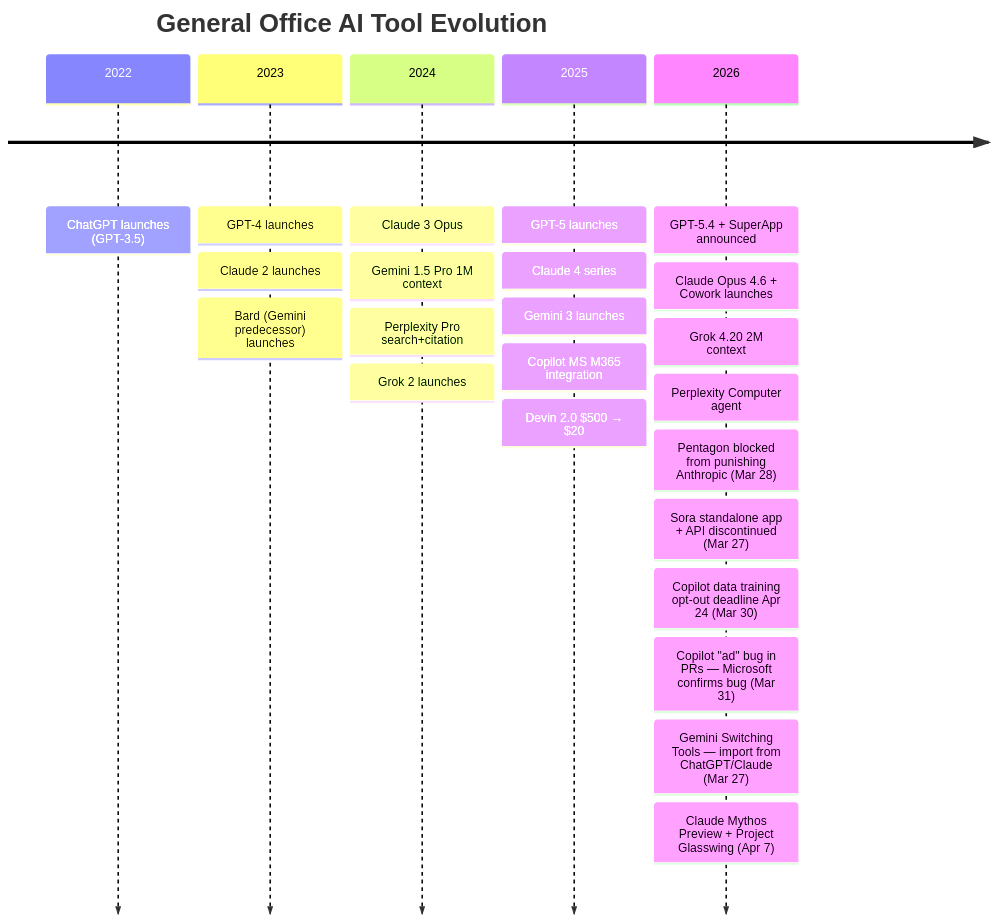
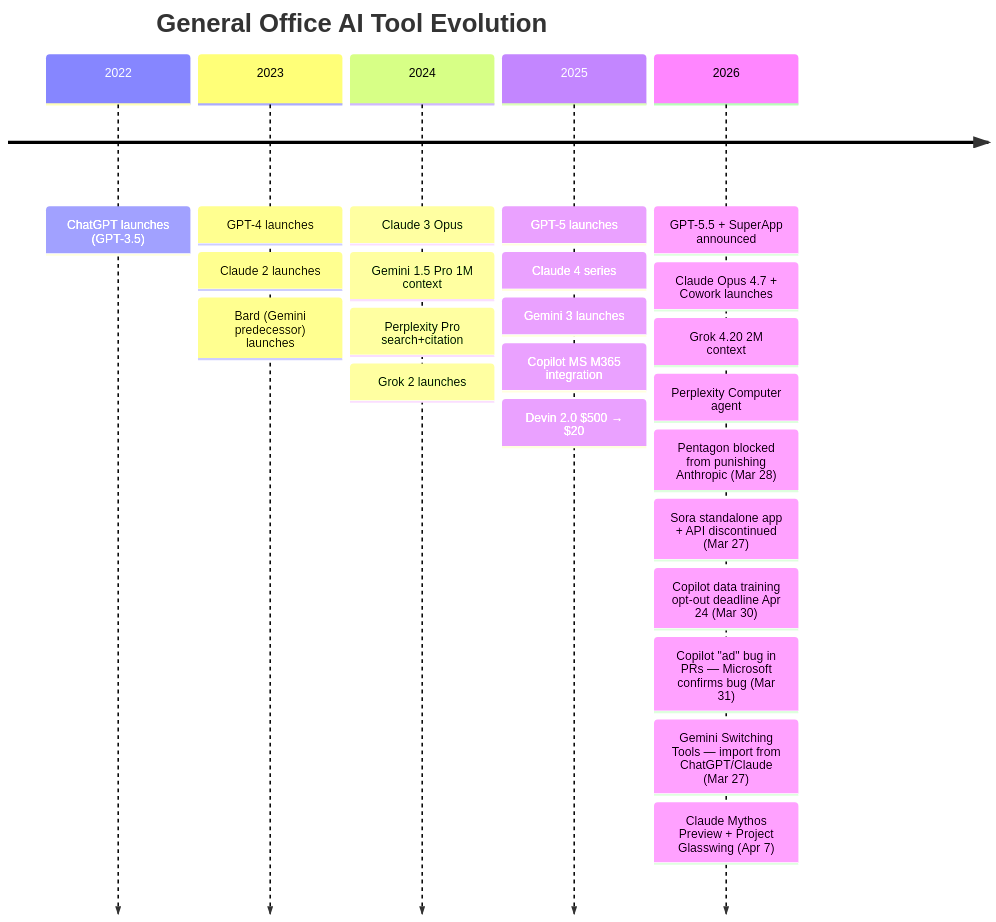
Before and after one commit to tykimos/ai-whatchelin: the tenth of 11 diagrams in README.md, drawn with Mermaid. The commit also changed other lines of this file and 4 other files, not shown here.

````diff
--- a/README.md
+++ b/README.md
@@ -873,27 +937,27 @@
 ```mermaid
 timeline
     title General Office AI Tool Evolution
     2022 : ChatGPT launches (GPT-3.5)
     2023 : GPT-4 launches
          : Claude 2 launches
          : Bard (Gemini predecessor) launches
     2024 : Claude 3 Opus
          : Gemini 1.5 Pro 1M context
          : Perplexity Pro search+citation
          : Grok 2 launches
     2025 : GPT-5 launches
          : Claude 4 series
          : Gemini 3 launches
          : Copilot MS M365 integration
          : Devin 2.0 $500 → $20
-    2026 : GPT-5.4 + SuperApp announced
-         : Claude Opus 4.6 + Cowork launches
+    2026 : GPT-5.5 + SuperApp announced
+         : Claude Opus 4.7 + Cowork launches
          : Grok 4.20 2M context
          : Perplexity Computer agent
          : Pentagon blocked from punishing Anthropic (Mar 28)
          : Sora standalone app + API discontinued (Mar 27)
          : Copilot data training opt-out deadline Apr 24 (Mar 30)
          : Copilot "ad" bug in PRs — Microsoft confirms bug (Mar 31)
          : Gemini Switching Tools — import from ChatGPT/Claude (Mar 27)
          : Claude Mythos Preview + Project Glasswing (Apr 7)
 ```
````
